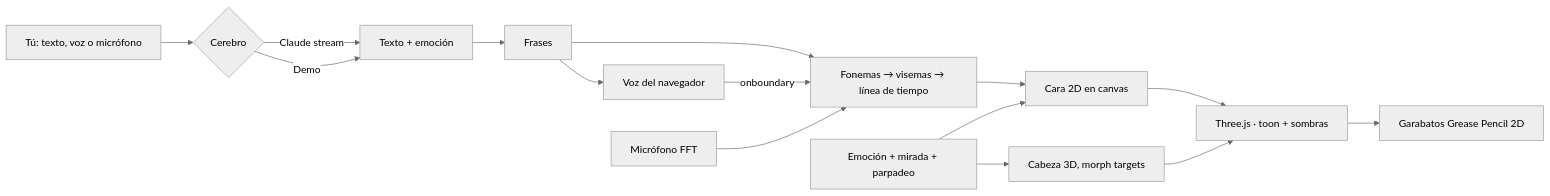
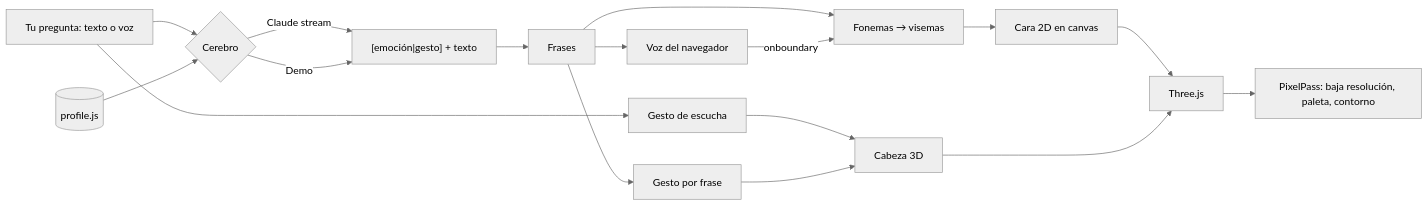
One commit to Jlpineda12/digital-human changed the diagram in README.md. Above: the diagram before and after it, drawn with Mermaid (neutral theme). The commit also changed other lines of this file and 51 other files, not shown here.

First line of the commit message:
Pixel-art twin: retro video-site UI, profile brain, gestures, nicer hair

````diff
--- a/README.md
+++ b/README.md
@@ -77,16 +94,18 @@
 ```mermaid
 flowchart LR
-  U[Tú: texto, voz o micrófono] --> B{Cerebro}
-  B -->|Claude stream| T[Texto + emoción]
+  U[Tu pregunta: texto o voz] --> G1[Gesto de escucha]
+  U --> B{Cerebro}
+  P[(profile.js)] --> B
+  B -->|Claude stream| T["[emoción|gesto] + texto"]
   B -->|Demo| T
   T --> S[Frases] --> V[Voz del navegador]
-  S --> L[Fonemas → visemas → línea de tiempo]
+  S --> L[Fonemas → visemas]
+  S --> G2[Gesto por frase]
   V -->|onboundary| L
-  M[Micrófono FFT] --> L
   L --> F[Cara 2D en canvas]
-  E[Emoción + mirada + parpadeo] --> F
-  E --> H[Cabeza 3D, morph targets]
-  F --> R[Three.js · toon + sombras]
+  G1 --> H[Cabeza 3D]
+  G2 --> H
+  F --> R[Three.js]
   H --> R
-  R --> G[Garabatos Grease Pencil 2D]
+  R --> X[PixelPass: baja resolución, paleta, contorno]
 ```
````
